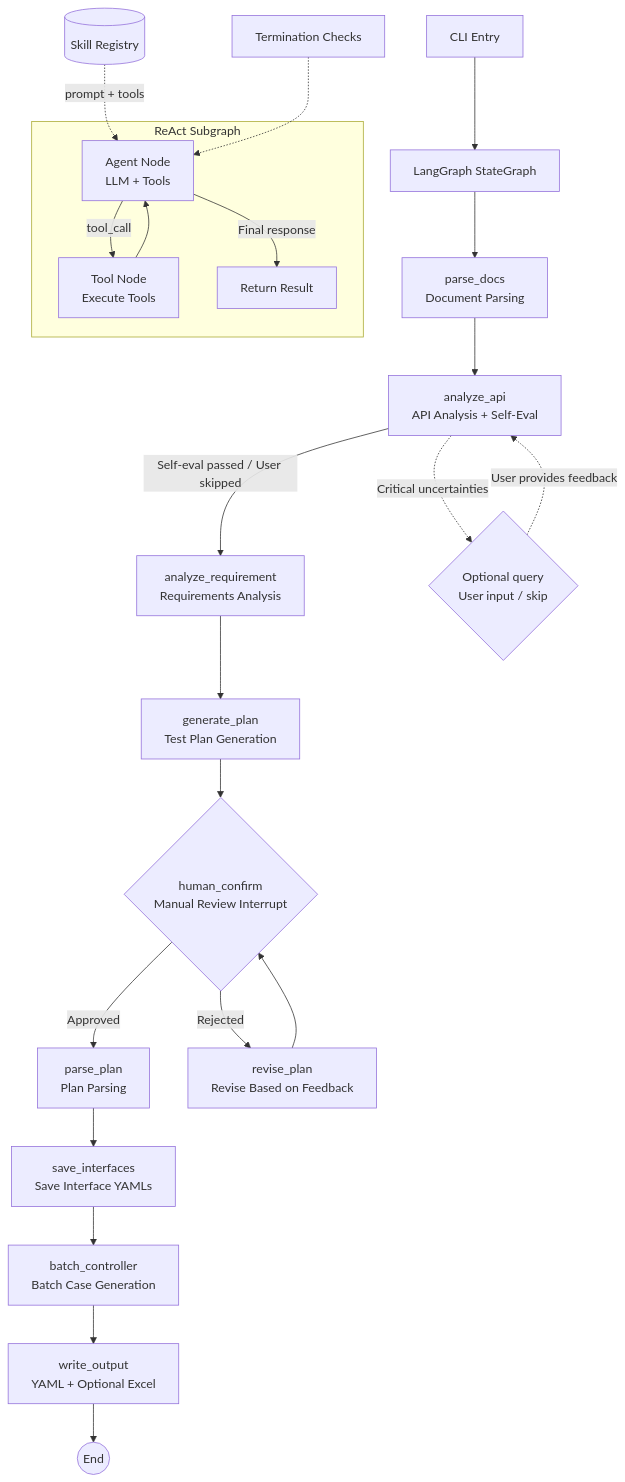
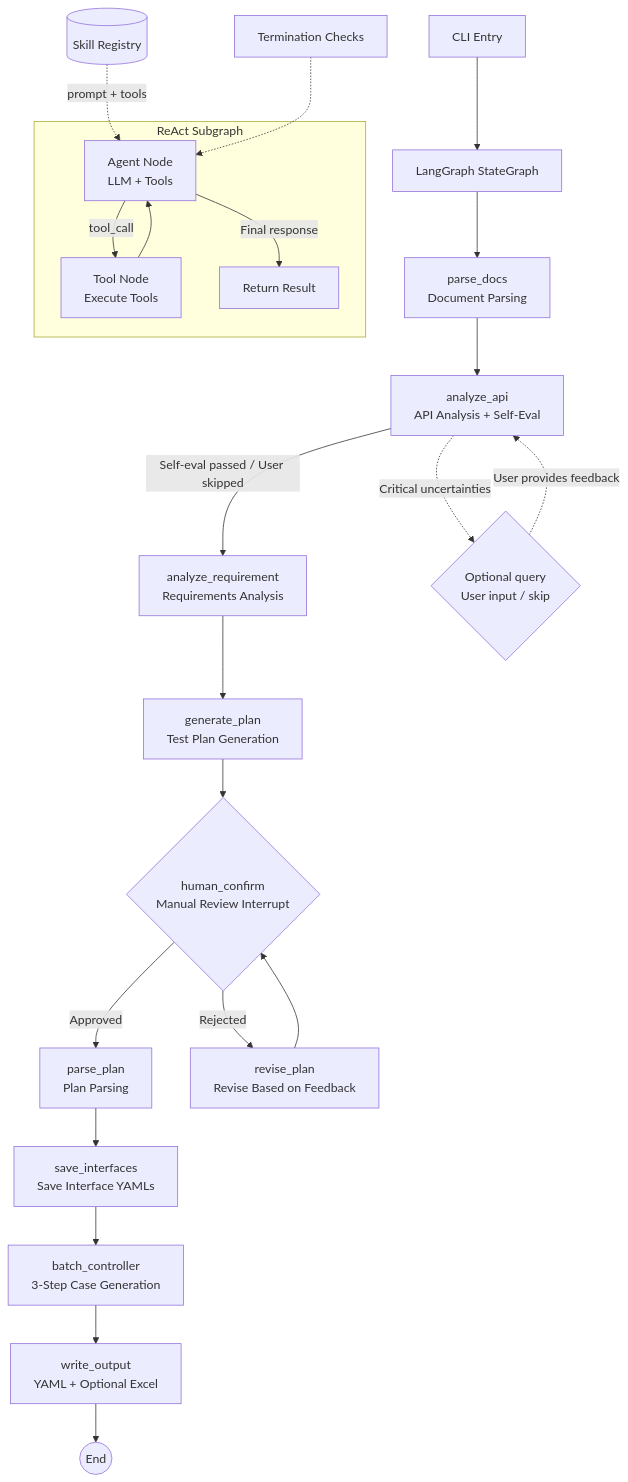
Before and after one commit to Remon-16/flow-forge: the diagram in agent/README.en.md, drawn with Mermaid. The commit also changed other lines of this file and 12 other files, not shown here.

````diff
--- a/agent/README.en.md
+++ b/agent/README.en.md
@@ -9,27 +9,27 @@
 ```mermaid
 graph TD
     CLI[CLI Entry] --> GRAPH[LangGraph StateGraph]
     GRAPH --> PARSE[parse_docs<br/>Document Parsing]
     PARSE --> ANALYZE_API[analyze_api<br/>API Analysis + Self-Eval]
     ANALYZE_API -->|Self-eval passed / User skipped| ANALYZE_REQ[analyze_requirement<br/>Requirements Analysis]
     ANALYZE_API -.->|Critical uncertainties| API_ASK{Optional query<br/>User input / skip}
     API_ASK -.->|User provides feedback| ANALYZE_API
     ANALYZE_REQ --> GEN_PLAN[generate_plan<br/>Test Plan Generation]
     GEN_PLAN --> CONFIRM{human_confirm<br/>Manual Review Interrupt}
     CONFIRM -->|Approved| PARSE_PLAN[parse_plan<br/>Plan Parsing]
     CONFIRM -->|Rejected| REVISE[revise_plan<br/>Revise Based on Feedback]
     REVISE --> CONFIRM
     PARSE_PLAN --> SAVE_IFACES[save_interfaces<br/>Save Interface YAMLs]
-    SAVE_IFACES --> BATCH[batch_controller<br/>Batch Case Generation]
+    SAVE_IFACES --> BATCH[batch_controller<br/>3-Step Case Generation]
     BATCH --> WRITE[write_output<br/>YAML + Optional Excel]
     WRITE --> END((End))
 
     subgraph ReAct Subgraph
         AGENT[Agent Node<br/>LLM + Tools] -->|tool_call| TOOLS[Tool Node<br/>Execute Tools]
         TOOLS --> AGENT
         AGENT -->|Final response| DONE[Return Result]
     end
 
     SKILLS[(Skill Registry)] -.->|prompt + tools| AGENT
     TERM[Termination Checks] -.-> AGENT
 ```
````
